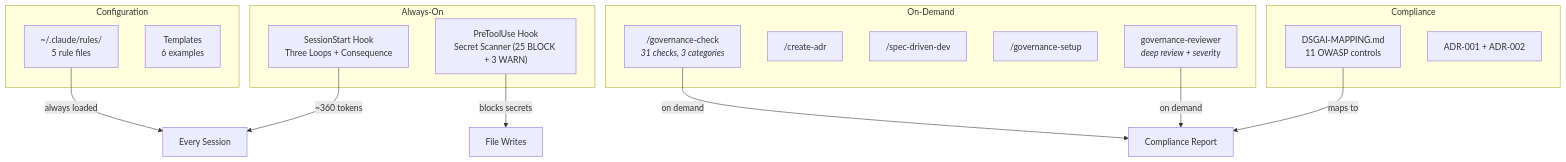
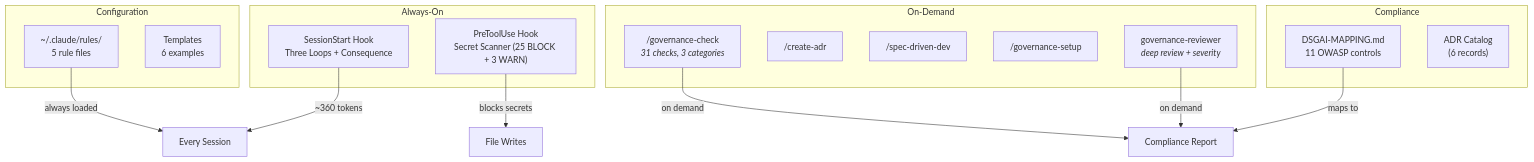
One commit to pitimon/claude-governance changed the diagram in README.md. Above: the diagram before and after it, drawn with Mermaid. The commit also changed other lines of this file and 3 other files, not shown here.

First line of the commit message:
docs(readme): inventory ADR catalog + bump v3.3.2 (#38)

````diff
--- a/README.md
+++ b/README.md
@@ -261,31 +261,31 @@
 ```mermaid
 graph TB
     subgraph "Always-On"
         H1["SessionStart Hook<br/>Three Loops + Consequence"]
         H2["PreToolUse Hook<br/>Secret Scanner (25 BLOCK + 3 WARN)"]
     end
 
     subgraph "On-Demand"
         C1["/governance-check<br/><i>31 checks, 3 categories</i>"]
         C2["/create-adr"]
         S1["/spec-driven-dev"]
         S2["/governance-setup"]
         A1["governance-reviewer<br/><i>deep review + severity</i>"]
     end
 
     subgraph "Configuration"
         R1["~/.claude/rules/<br/>5 rule files"]
         T1["Templates<br/>6 examples"]
     end
 
     subgraph "Compliance"
         D1["DSGAI-MAPPING.md<br/>11 OWASP controls"]
-        D2["ADR-001 + ADR-002"]
+        D2["ADR Catalog<br/>(6 records)"]
     end
 
     H1 -->|~360 tokens| SESSION["Every Session"]
     H2 -->|blocks secrets| WRITES["File Writes"]
     R1 -->|always loaded| SESSION
     C1 & A1 -->|on demand| CHECK["Compliance Report"]
     D1 -->|maps to| CHECK
 ```
````
